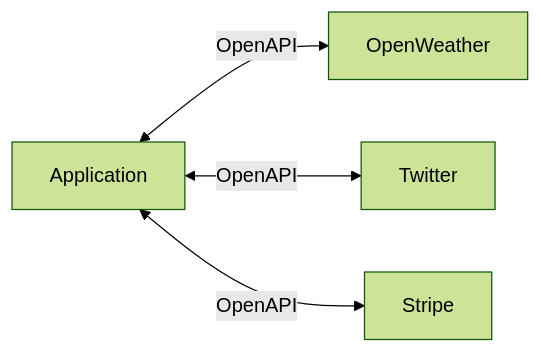
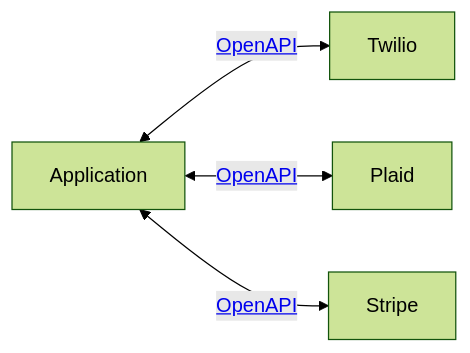
One commit to taneron/konfig changed the third of 4 diagrams in generator/konfig-docs/blog/2023/07/11-openapi.mdx. Above: the diagram before and after it, drawn with Mermaid (forest theme). The commit also changed other lines of this file and 2 other files, not shown here.

````diff
--- a/generator/konfig-docs/blog/2023/07/11-openapi.mdx
+++ b/generator/konfig-docs/blog/2023/07/11-openapi.mdx
@@ -67,6 +64,6 @@
 ```mermaid
 flowchart LR
-    A[Application] <-->|OpenAPI| W[ OpenWeather]
-    A <-->|OpenAPI| S[Twitter]
-    A <-->|OpenAPI| P[Stripe]
+    A[Application] <-->|<a href="https://www.twilio.com/docs/openapi">OpenAPI</a>| W[Twilio]
+    A <-->|<a href="https://github.com/plaid/plaid-openapi">OpenAPI</a>| S[Plaid]
+    A <-->|<a href="https://github.com/stripe/openapi">OpenAPI</a>| P[Stripe]
 ```
````
